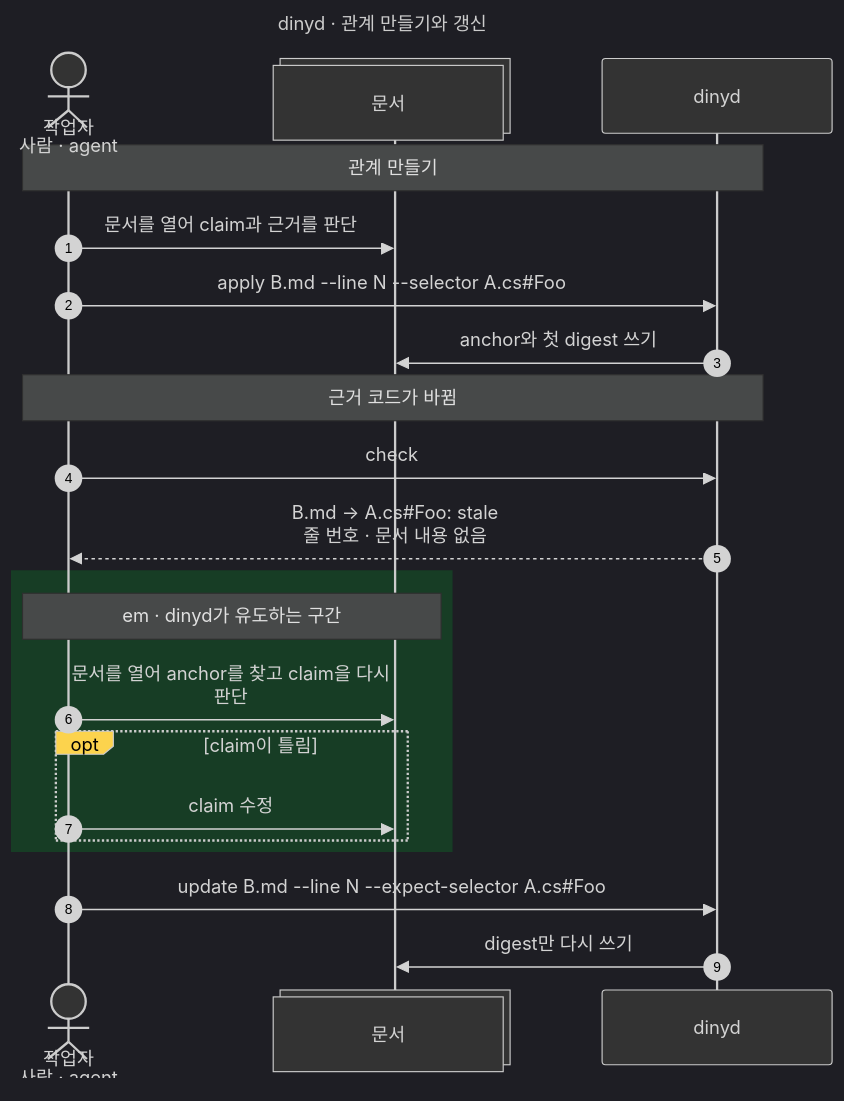
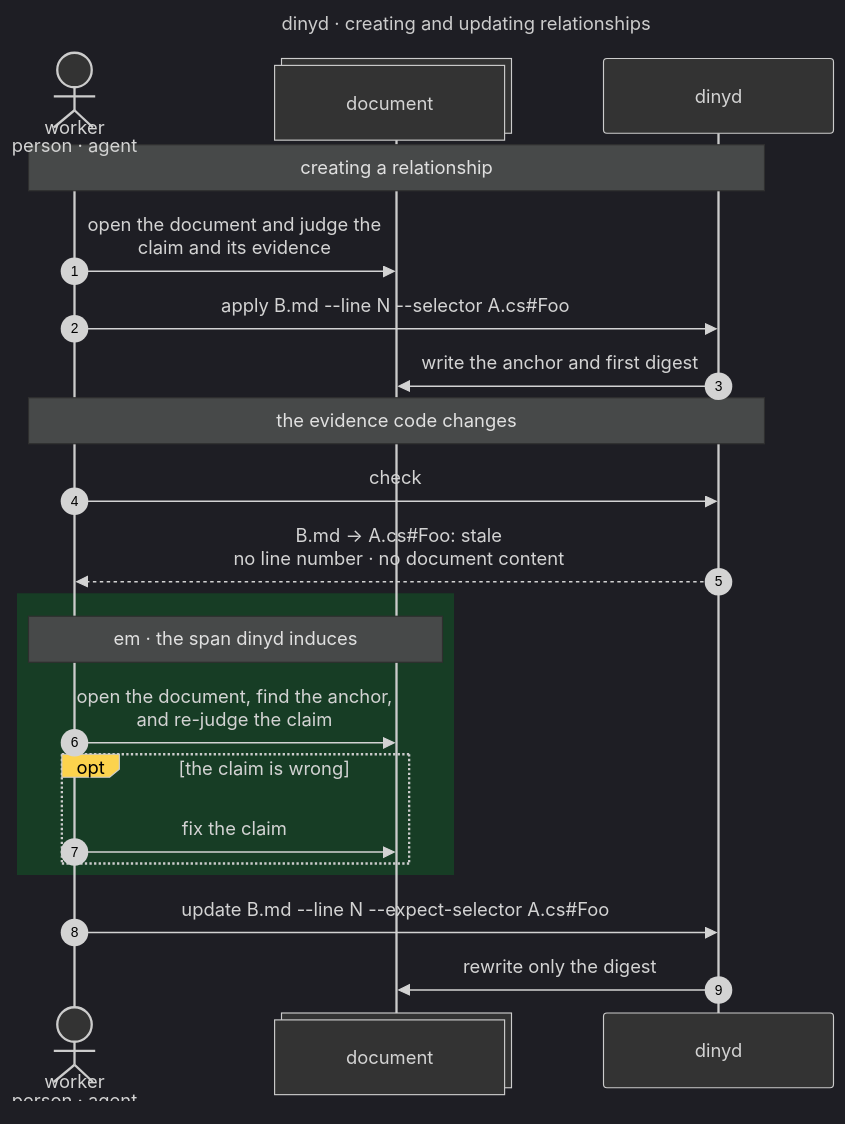
The diagram in blueprint/apply-update.mermaid (undervoke/dinyd), drawn with Mermaid before and after one commit. The commit also changed 4 other files, not shown here.

```diff
--- a/blueprint/apply-update.mermaid
+++ b/blueprint/apply-update.mermaid
@@ -1,57 +1,57 @@
 ---
-title: dinyd · 관계 만들기와 갱신
+title: dinyd · creating and updating relationships
 config:
   look: classic
   theme: dark
   themeVariables:
     actorBkg: "#333333"
     labelBoxBkgColor: "#fcd34d"
     labelTextColor: "#000000"
     noteTextColor: "#e0e0e0"
   themeCSS: |
     /* database · db */
     g.actor[transform] path { fill: #1c2f4a; stroke: #93c5fd; }
     /* database label clears the cylinder */
     g.actor[transform] + text { transform: translateY(12px); }
     g.actor[transform] + text tspan { paint-order: stroke; stroke: #1f1f1f; stroke-width: 6px; }
     /* collections · file */
     rect.actor:not([rx]) { fill: #3d3415; stroke: #fcd34d; }
   sequence:
     actorMargin: 80
     width: 200
     wrap: true
 ---
-%% Behavior authority: 이 다이어그램과 anchors.mermaid.
-%% apply <doc> --line N --selector S [--bytes] [--ref] [--index | --worktree | --rev commit]: 관계 하나를 만들고 방식과 첫 digest를 쓴다. md는 N번째 줄 끝에 inline HTML 주석을 붙이고, .mermaid는 N 다음 줄에 %% 줄을 넣는다.
-%% apply는 쓴 위치에서 check와 같은 parser가 그 anchor를 찾지 못하거나, 쓸 위치(md는 N, .mermaid는 N 다음 줄)에 S의 anchor가 이미 있으면 거부한다. --ref는 digest 없는 dinyd-ref를 쓰고 --bytes와 함께 쓸 수 없다.
-%% --bytes가 없으면 형식별 기본 방식(구조 정규화가 있으면 s1, 없으면 b1)을 쓴다.
-%% update <doc> --line N --expect-selector S [--index | --worktree | --rev commit]: 기록된 방식으로 digest를 다시 계산해 쓴다. 손으로 쓴 digest 없는 anchor도 형식별 기본 방식으로 채운다. 방식을 바꾸려면 표기를 손으로 고치고 update한다.
-%% N은 1부터 세는 줄 번호이고 LF만 센다. update는 check와 같은 parser로 anchor를 찾고, selector는 working tree 문서의 현재 anchor에서 읽는다. 대상 내용은 고른 판정 기준에서 읽는다.
-%% update는 N번째 줄에 S와 맞는 digest anchor가 하나이고 대상이 해석될 때만 쓴다. 위임 참조는 update 대상이 아니다.
-%% apply · update는 쓸 수 없으면 쓰지 않고 오류를 내며, apply는 사용한 판정 기준을 함께 알린다. 쓴 뒤 --index로 판정하려면 문서를 stage해야 한다.
-%% 쓰기는 anchor 자리만 바꾸고 나머지 바이트와 CRLF를 보존한다. 일괄 갱신은 없다. 계산한 digest가 같으면 변화가 없다.
+%% Behavior authority: this diagram and anchors.mermaid.
+%% apply <doc> --line N --selector S [--bytes] [--ref] [--index | --worktree | --rev commit]: creates one relationship and writes its mode and first digest. In md it appends an inline HTML comment to the end of line N; in .mermaid it inserts a %% line after line N.
+%% apply refuses when check's parser would not find the anchor at the written position, or when an anchor for S is already at the write position (line N in md, the line after N in .mermaid). --ref writes a dinyd-ref without a digest and cannot be combined with --bytes.
+%% Without --bytes it uses the format's default mode (s1 when structural normalization exists, otherwise b1).
+%% update <doc> --line N --expect-selector S [--index | --worktree | --rev commit]: recomputes the digest with the recorded mode and writes it. A hand-written anchor without a digest is filled with the format's default mode. To change the mode, edit it in the anchor by hand and run update.
+%% N is a 1-based line number counting LF only. update finds the anchor with check's parser and reads the selector from the current anchor in the working-tree document. The target content is read from the chosen basis.
+%% update writes only when line N holds exactly one digest anchor matching S and the target resolves. Delegations are not update targets.
+%% When apply · update cannot write, they write nothing and report an error; apply also names the basis it used. To judge with --index after writing, stage the document.
+%% Writing changes only the anchor's slot and preserves every other byte and CRLF. There is no bulk update. If the computed digest is the same, nothing changes.
 sequenceDiagram
   autonumber
-  actor Worker as 작업자<br/>사람 · agent
-  participant Doc@{ "type": "collections", "alias": "문서" }
+  actor Worker as worker<br/>person · agent
+  participant Doc@{ "type": "collections", "alias": "document" }
   participant Dinyd as dinyd
 
-  Note over Worker,Dinyd: 관계 만들기
-  Worker->>Doc: 문서를 열어 claim과 근거를 판단
+  Note over Worker,Dinyd: creating a relationship
+  Worker->>Doc: open the document and judge the claim and its evidence
   Worker->>Dinyd: apply B.md --line N --selector A.cs#35;Foo
-  Dinyd->>Doc: anchor와 첫 digest 쓰기
+  Dinyd->>Doc: write the anchor and first digest
 
-  Note over Worker,Dinyd: 근거 코드가 바뀜
+  Note over Worker,Dinyd: the evidence code changes
   Worker->>Dinyd: check
-  Dinyd-->>Worker: B.md → A.cs#35;Foo: stale<br/>줄 번호 · 문서 내용 없음
+  Dinyd-->>Worker: B.md → A.cs#35;Foo: stale<br/>no line number · no document content
 
   rect rgb(23, 61, 37)
-    Note over Worker,Doc: em · dinyd가 유도하는 구간
-    Worker->>Doc: 문서를 열어 anchor를 찾고 claim을 다시 판단
-    opt claim이 틀림
-      Worker->>Doc: claim 수정
+    Note over Worker,Doc: em · the span dinyd induces
+    Worker->>Doc: open the document, find the anchor, and re-judge the claim
+    opt the claim is wrong
+      Worker->>Doc: fix the claim
     end
   end
 
   Worker->>Dinyd: update B.md --line N --expect-selector A.cs#35;Foo
-  Dinyd->>Doc: digest만 다시 쓰기
+  Dinyd->>Doc: rewrite only the digest
```
